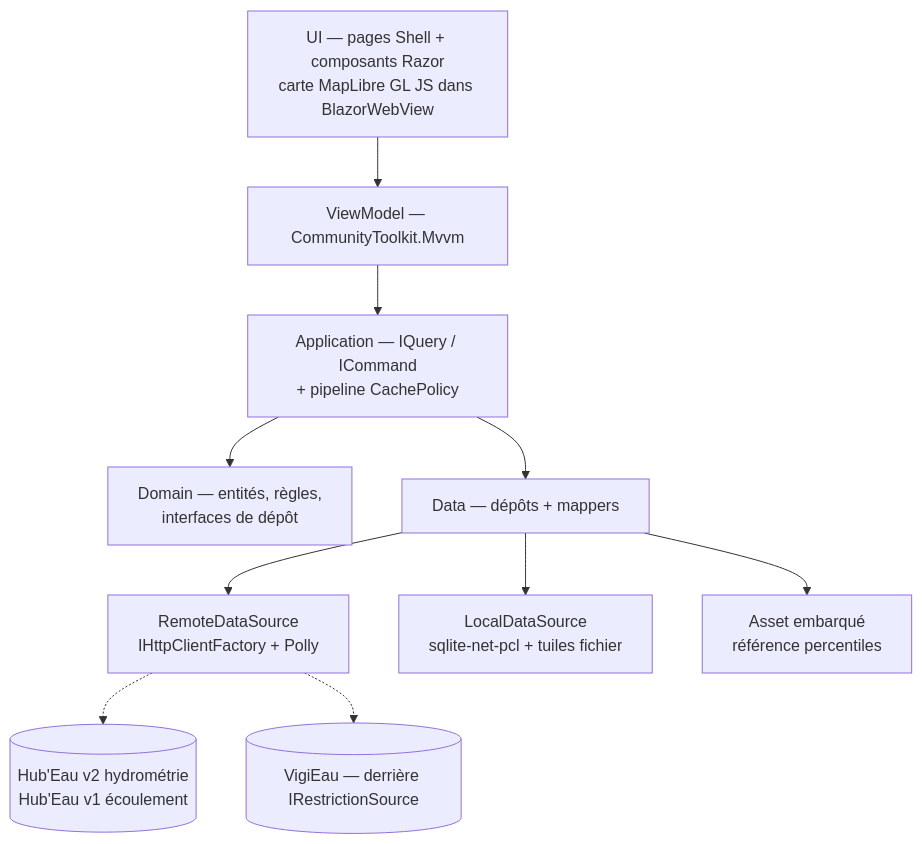
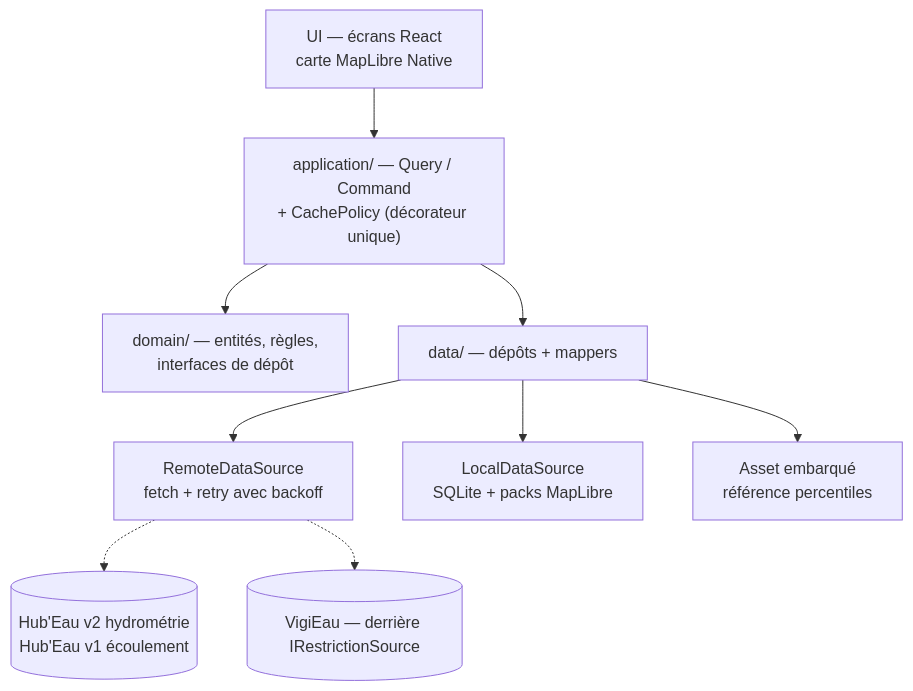
The diagram in docs/03-conception.md (HubEauContrib/MartinPecheur), drawn with Mermaid before and after one commit. The commit also changed other lines of this file and 12 other files, not shown here.

First line of the commit message:
docs: bascule de la stack vers React Native (ADR-010)

````diff
--- a/docs/03-conception.md
+++ b/docs/03-conception.md
@@ -45,19 +44,18 @@
 ```mermaid
 graph TD
-  UI["UI — pages Shell + composants Razor<br/>carte MapLibre GL JS dans BlazorWebView"]
-  VM["ViewModel — CommunityToolkit.Mvvm"]
-  MED["Application — IQuery / ICommand<br/>+ pipeline CachePolicy"]
-  DOM["Domain — entités, règles,<br/>interfaces de dépôt"]
-  REPO["Data — dépôts + mappers"]
-  REM["RemoteDataSource<br/>IHttpClientFactory + Polly"]
-  LOC["LocalDataSource<br/>sqlite-net-pcl + tuiles fichier"]
+  UI["UI — écrans React<br/>carte MapLibre Native"]
+  MED["application/ — Query / Command<br/>+ CachePolicy (décorateur unique)"]
+  DOM["domain/ — entités, règles,<br/>interfaces de dépôt"]
+  REPO["data/ — dépôts + mappers"]
+  REM["RemoteDataSource<br/>fetch + retry avec backoff"]
+  LOC["LocalDataSource<br/>SQLite + packs MapLibre"]
   ASSET["Asset embarqué<br/>référence percentiles"]
 
-  UI --> VM --> MED --> DOM
+  UI --> MED --> DOM
   MED --> REPO
   REPO --> REM
   REPO --> LOC
   REPO --> ASSET
   REM -.-> HE[("Hub'Eau v2 hydrométrie<br/>Hub'Eau v1 écoulement")]
   REM -.-> VE[("VigiEau — derrière IRestrictionSource")]
 ```
````
